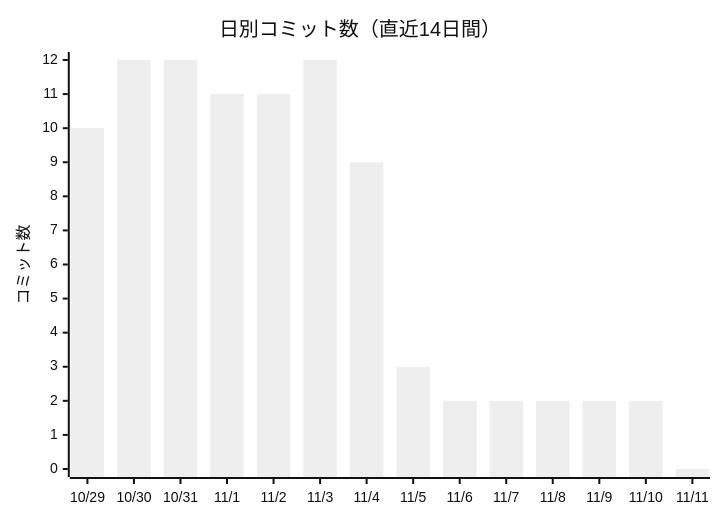
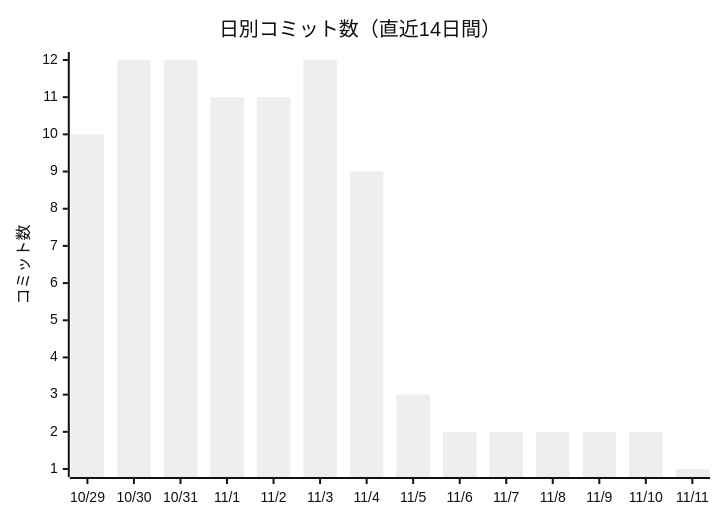
The first of 2 diagrams in docs/進化レポート.md (non-x2/non-x2), drawn with Mermaid (neutral theme) before and after one commit. The commit also changed other lines of this file and 1 other file, not shown here.

````diff
--- a/docs/進化レポート.md
+++ b/docs/進化レポート.md
@@ -23,7 +23,7 @@
 ```mermaid
 xychart-beta
     title "日別コミット数（直近14日間）"
     x-axis ["10/29", "10/30", "10/31", "11/1", "11/2", "11/3", "11/4", "11/5", "11/6", "11/7", "11/8", "11/9", "11/10", "11/11"]
     y-axis "コミット数"
-    bar [10, 12, 12, 11, 11, 12, 9, 3, 2, 2, 2, 2, 2, 0]
+    bar [10, 12, 12, 11, 11, 12, 9, 3, 2, 2, 2, 2, 2, 1]
 ```
````
